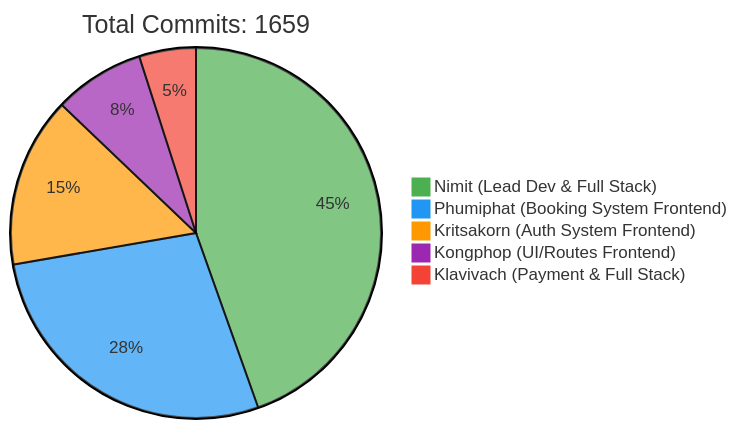
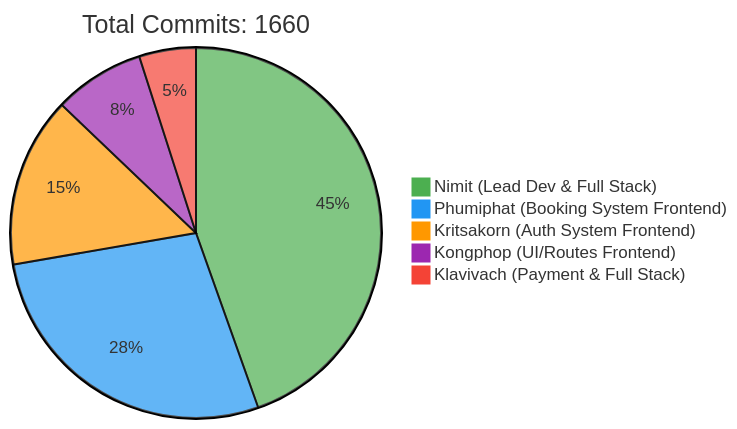
One commit to 6531503042/Sport-Complex changed the first of 2 diagrams in README.md. Above: the diagram before and after it, drawn with Mermaid. The commit also changed other lines of this file, not shown here.

Commit message:
docs: Update contributor statistics [skip ci]

````diff
--- a/README.md
+++ b/README.md
@@ -257,10 +257,10 @@
 ```mermaid
 %%{init: {'theme': 'base', 'themeVariables': { 'pie1': '#4CAF50', 'pie2': '#2196F3', 'pie3': '#FF9800', 'pie4': '#9C27B0', 'pie5': '#F44336'}}}%%
 pie
-    title Total Commits: 1659
+    title Total Commits: 1660
     "Nimit (Lead Dev & Full Stack)" : 450
     "Phumiphat (Booking System Frontend)" : 280
     "Kritsakorn (Auth System Frontend)" : 150
     "Kongphop (UI/Routes Frontend)" : 80
     "Klavivach (Payment & Full Stack)" : 50
 ```
````
